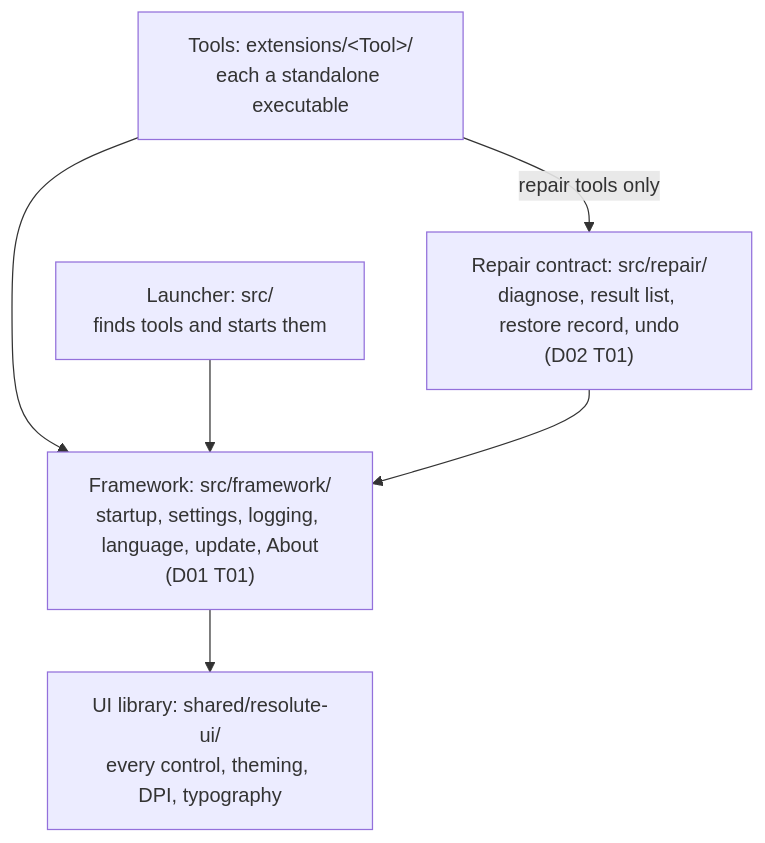
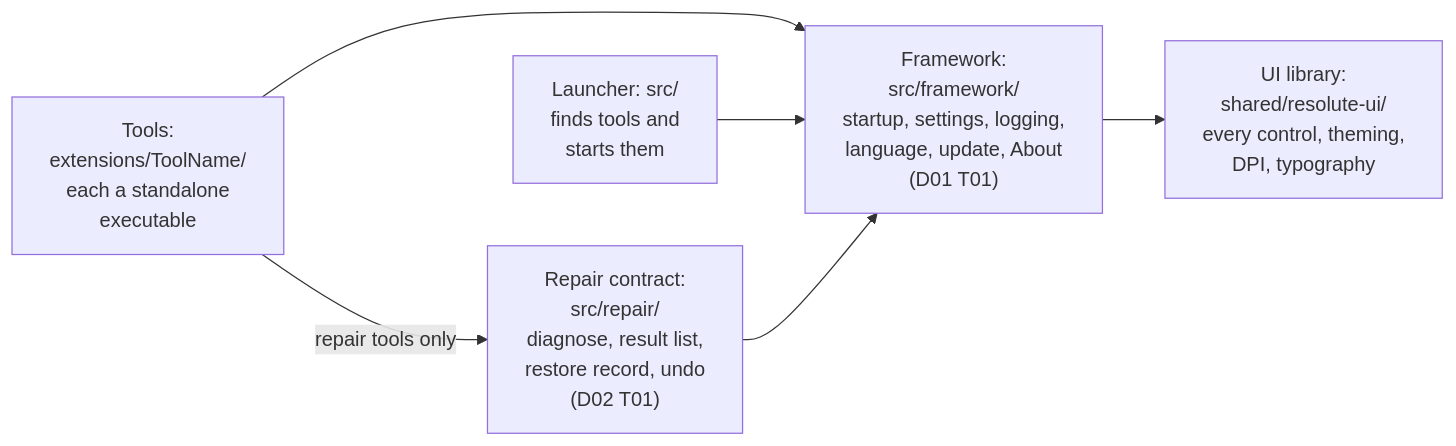
One commit to rizonesoft/Resolute changed the diagram in README.md. Above: the diagram before and after it, drawn with Mermaid. The commit also changed other lines of this file and 3 other files, not shown here.

First line of the commit message:
readme: the diagram names the tools' directory and fits one view, and a refused download says what stays installed (D00 T05 §2)

````diff
--- a/README.md
+++ b/README.md
@@ -139,13 +139,13 @@
 ```mermaid
-flowchart TB
-    tools["Tools: extensions/&lt;Tool&gt;/<br/>each a standalone executable"]
-    launcher["Launcher: src/<br/>finds tools and starts them"]
-    repair["Repair contract: src/repair/<br/>diagnose, result list, restore record, undo<br/>(D02 T01)"]
-    framework["Framework: src/framework/<br/>startup, settings, logging, language, update, About<br/>(D01 T01)"]
-    ui["UI library: shared/resolute-ui/<br/>every control, theming, DPI, typography"]
+flowchart LR
+    tools["Tools:<br/>extensions/ToolName/<br/>each a standalone<br/>executable"]
+    launcher["Launcher: src/<br/>finds tools and<br/>starts them"]
+    repair["Repair contract:<br/>src/repair/<br/>diagnose, result list,<br/>restore record, undo<br/>(D02 T01)"]
+    framework["Framework:<br/>src/framework/<br/>startup, settings, logging,<br/>language, update, About<br/>(D01 T01)"]
+    ui["UI library:<br/>shared/resolute-ui/<br/>every control, theming,<br/>DPI, typography"]
     tools -- repair tools only --> repair
     tools --> framework
     launcher --> framework
     repair --> framework
     framework --> ui
 ```
````
